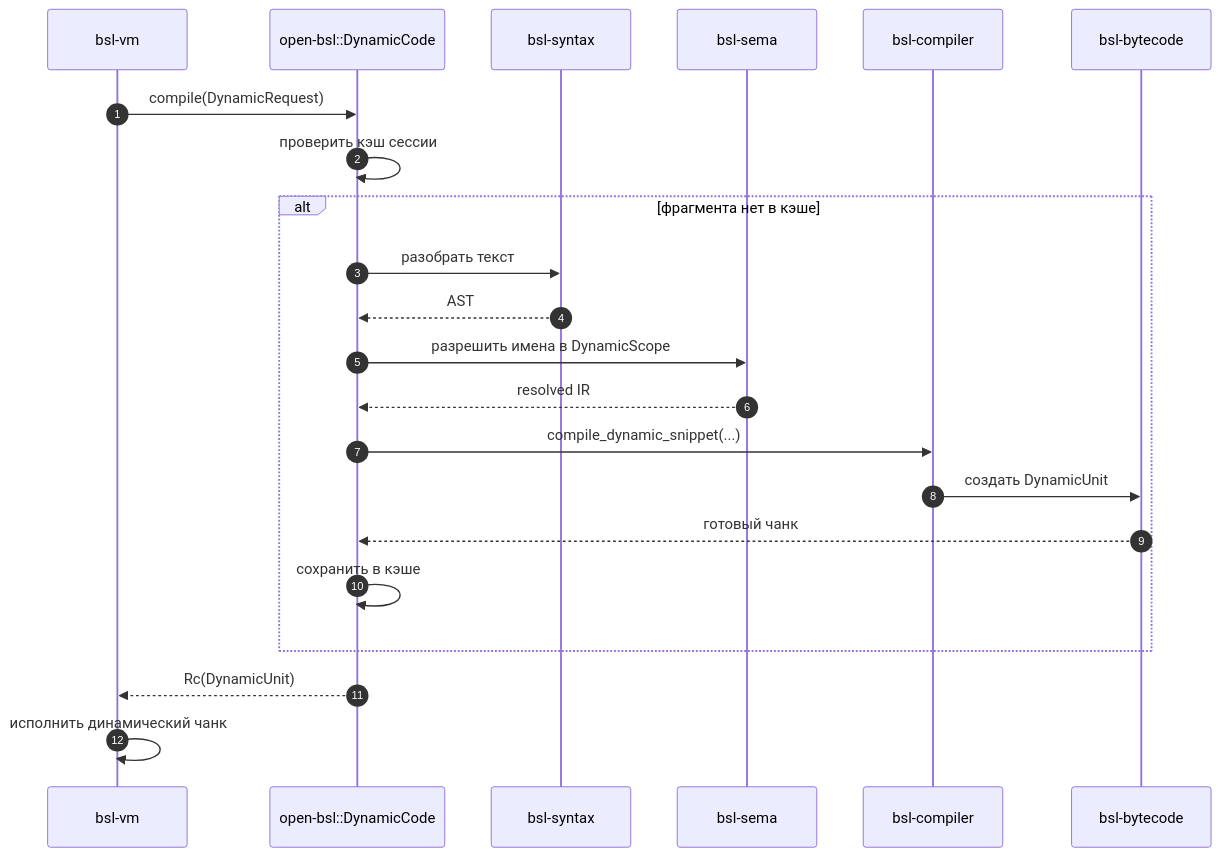
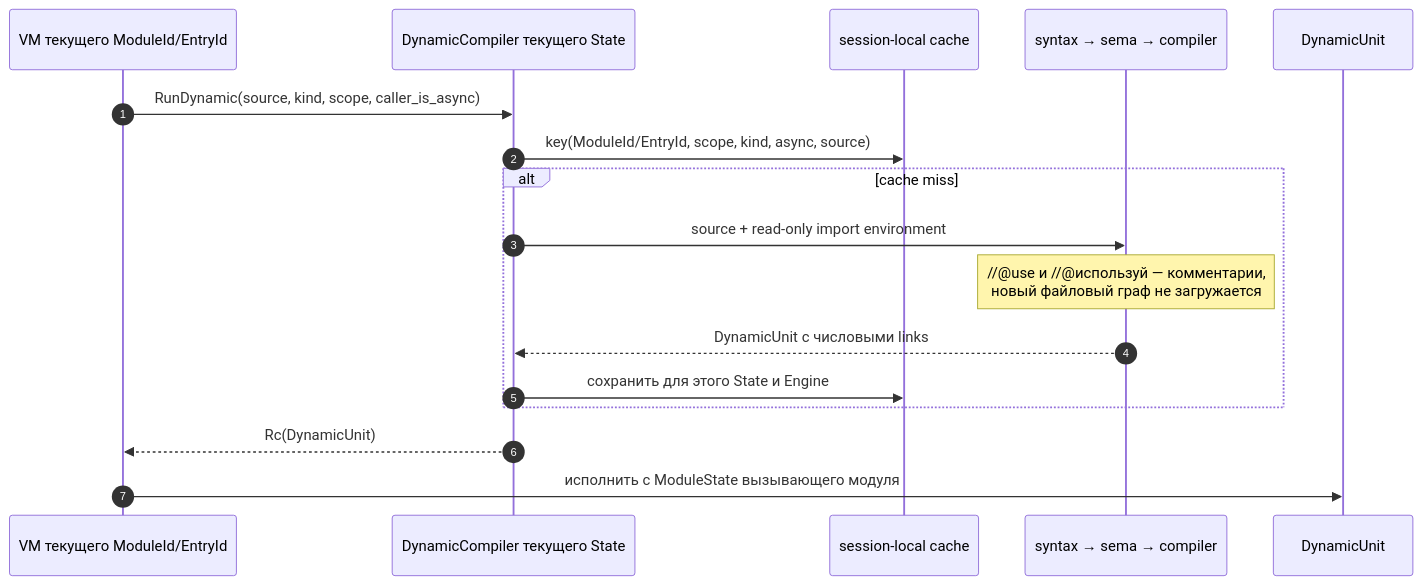
Before and after one commit to dobpilot/open-bsl: the eighth of 21 diagrams in docs/component-architecture.md, drawn with Mermaid. The commit also changed other lines of this file, not shown here.

Commit message:
Document the target 0.4 architecture

````diff
--- a/docs/component-architecture.md
+++ b/docs/component-architecture.md
@@ -274,25 +392,20 @@
 ```mermaid
 sequenceDiagram
     autonumber
-    participant VM as bsl-vm
-    participant Dynamic as open-bsl::DynamicCode
-    participant Syntax as bsl-syntax
-    participant Sema as bsl-sema
-    participant Compiler as bsl-compiler
-    participant Bytecode as bsl-bytecode
+    participant VM as VM текущего ModuleId/EntryId
+    participant Dynamic as DynamicCompiler текущего State
+    participant Cache as session-local cache
+    participant Frontend as syntax → sema → compiler
+    participant Unit as DynamicUnit
 
-    VM->>Dynamic: compile(DynamicRequest)
-    Dynamic->>Dynamic: проверить кэш сессии
-    alt фрагмента нет в кэше
-        Dynamic->>Syntax: разобрать текст
-        Syntax-->>Dynamic: AST
-        Dynamic->>Sema: разрешить имена в DynamicScope
-        Sema-->>Dynamic: resolved IR
-        Dynamic->>Compiler: compile_dynamic_snippet(...)
-        Compiler->>Bytecode: создать DynamicUnit
-        Bytecode-->>Dynamic: готовый чанк
-        Dynamic->>Dynamic: сохранить в кэше
+    VM->>Dynamic: RunDynamic(source, kind, scope, caller_is_async)
+    Dynamic->>Cache: key(ModuleId/EntryId, scope, kind, async, source)
+    alt cache miss
+        Dynamic->>Frontend: source + read-only import environment
+        Note over Frontend: //@use и //@используй — комментарии,<br/>новый файловый граф не загружается
+        Frontend-->>Dynamic: DynamicUnit с числовыми links
+        Dynamic->>Cache: сохранить для этого State и Engine
     end
     Dynamic-->>VM: Rc(DynamicUnit)
-    VM->>VM: исполнить динамический чанк
+    VM->>Unit: исполнить с ModuleState вызывающего модуля
 ```
````
